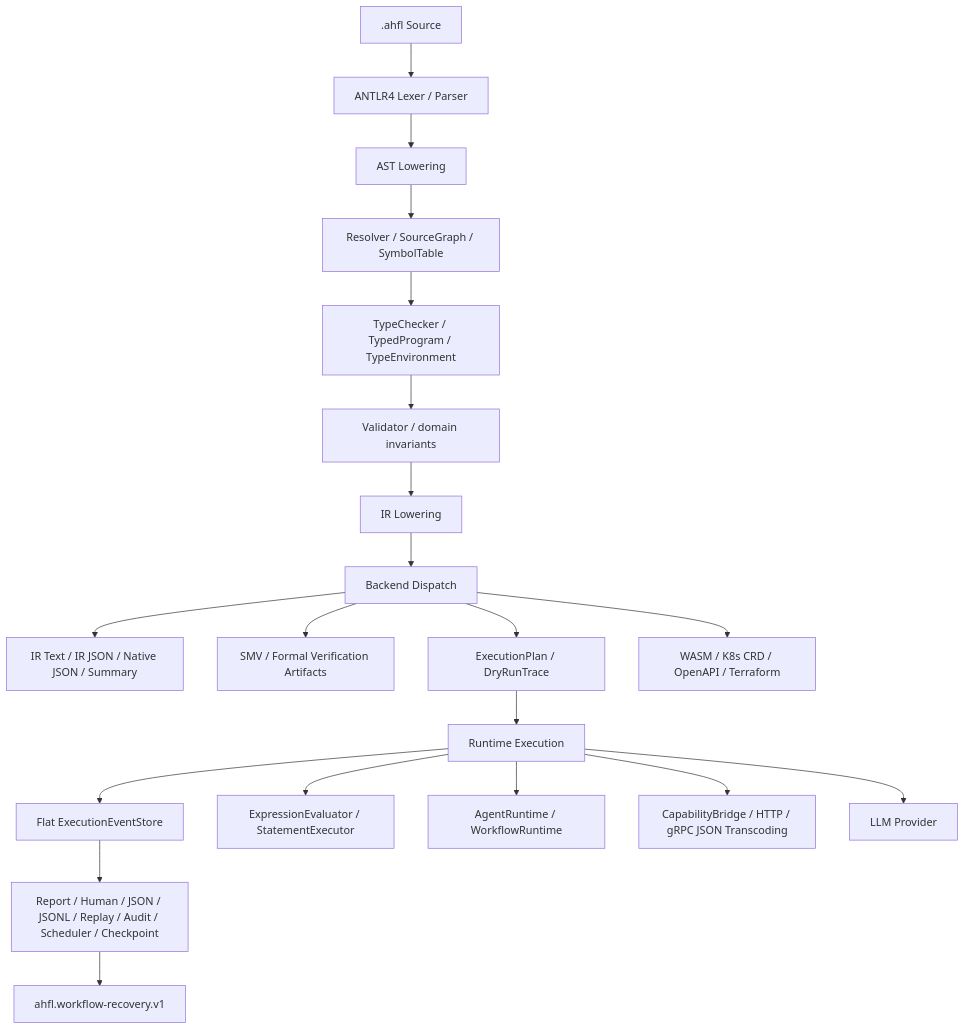
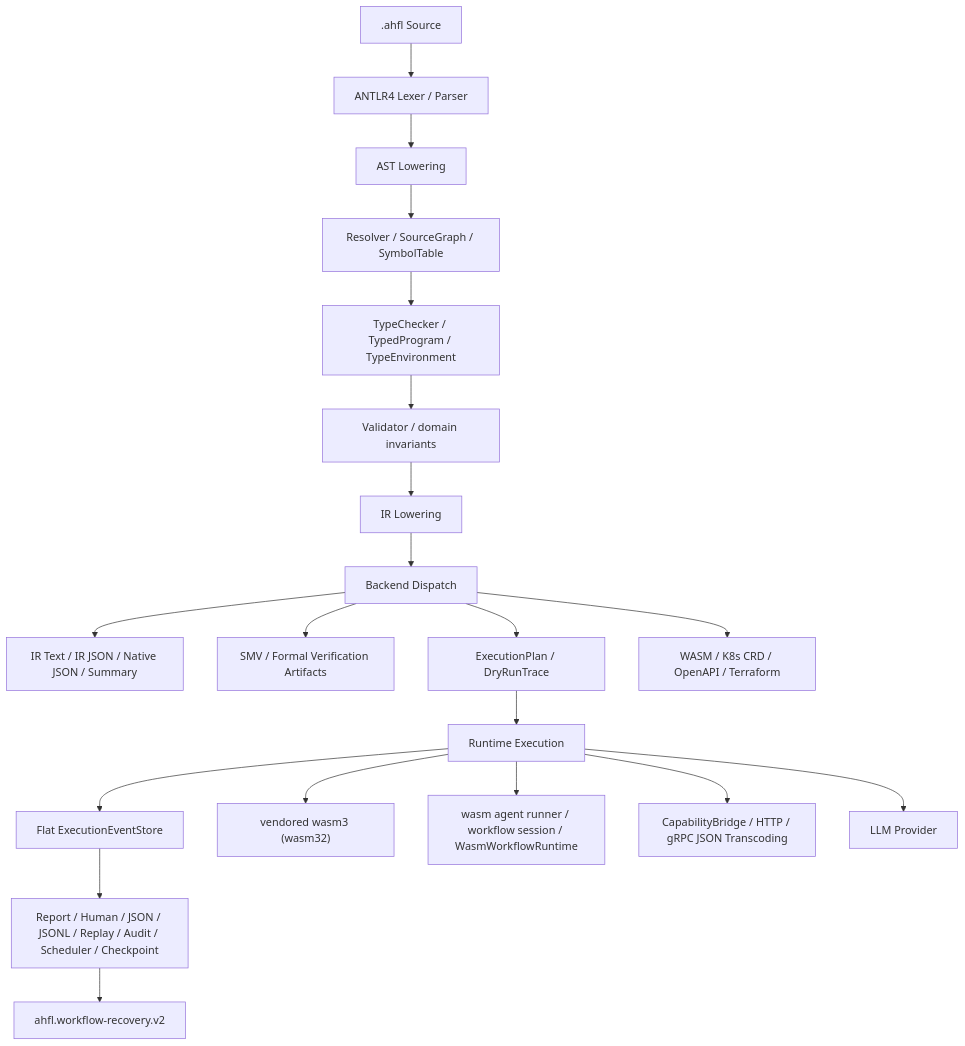
The first of 2 diagrams in docs/plans/project-status.zh.md (Zzzode/AHFL), drawn with Mermaid before and after one commit. The commit also changed other lines of this file and 248 other files, not shown here.

````diff
--- a/docs/plans/project-status.zh.md
+++ b/docs/plans/project-status.zh.md
@@ -28,22 +28,22 @@
 ```mermaid
 flowchart TD
     Source[".ahfl Source"] --> Parser["ANTLR4 Lexer / Parser"]
     Parser --> Frontend["AST Lowering"]
     Frontend --> Resolver["Resolver / SourceGraph / SymbolTable"]
     Resolver --> TypeCheck["TypeChecker / TypedProgram / TypeEnvironment"]
     TypeCheck --> Validate["Validator / domain invariants"]
     Validate --> IRLower["IR Lowering"]
     IRLower --> BackendDispatch["Backend Dispatch"]
     BackendDispatch --> CoreArtifacts["IR Text / IR JSON / Native JSON / Summary"]
     BackendDispatch --> FormalArtifacts["SMV / Formal Verification Artifacts"]
     BackendDispatch --> RuntimeArtifacts["ExecutionPlan / DryRunTrace"]
     BackendDispatch --> TargetArtifacts["WASM / K8s CRD / OpenAPI / Terraform"]
     RuntimeArtifacts --> Runtime["Runtime Execution"]
     Runtime --> Events["Flat ExecutionEventStore"]
     Events --> Projections["Report / Human / JSON / JSONL / Replay / Audit / Scheduler / Checkpoint"]
-    Projections --> Recovery["ahfl.workflow-recovery.v1"]
-    Runtime --> Evaluator["ExpressionEvaluator / StatementExecutor"]
-    Runtime --> Engines["AgentRuntime / WorkflowRuntime"]
+    Projections --> Recovery["ahfl.workflow-recovery.v2"]
+    Runtime --> WasmEngine["vendored wasm3 (wasm32)"]
+    Runtime --> WasmRunners["wasm agent runner / workflow session / WasmWorkflowRuntime"]
     Runtime --> Capability["CapabilityBridge / HTTP / gRPC JSON Transcoding"]
     Runtime --> LLM["LLM Provider"]
 ```
````
